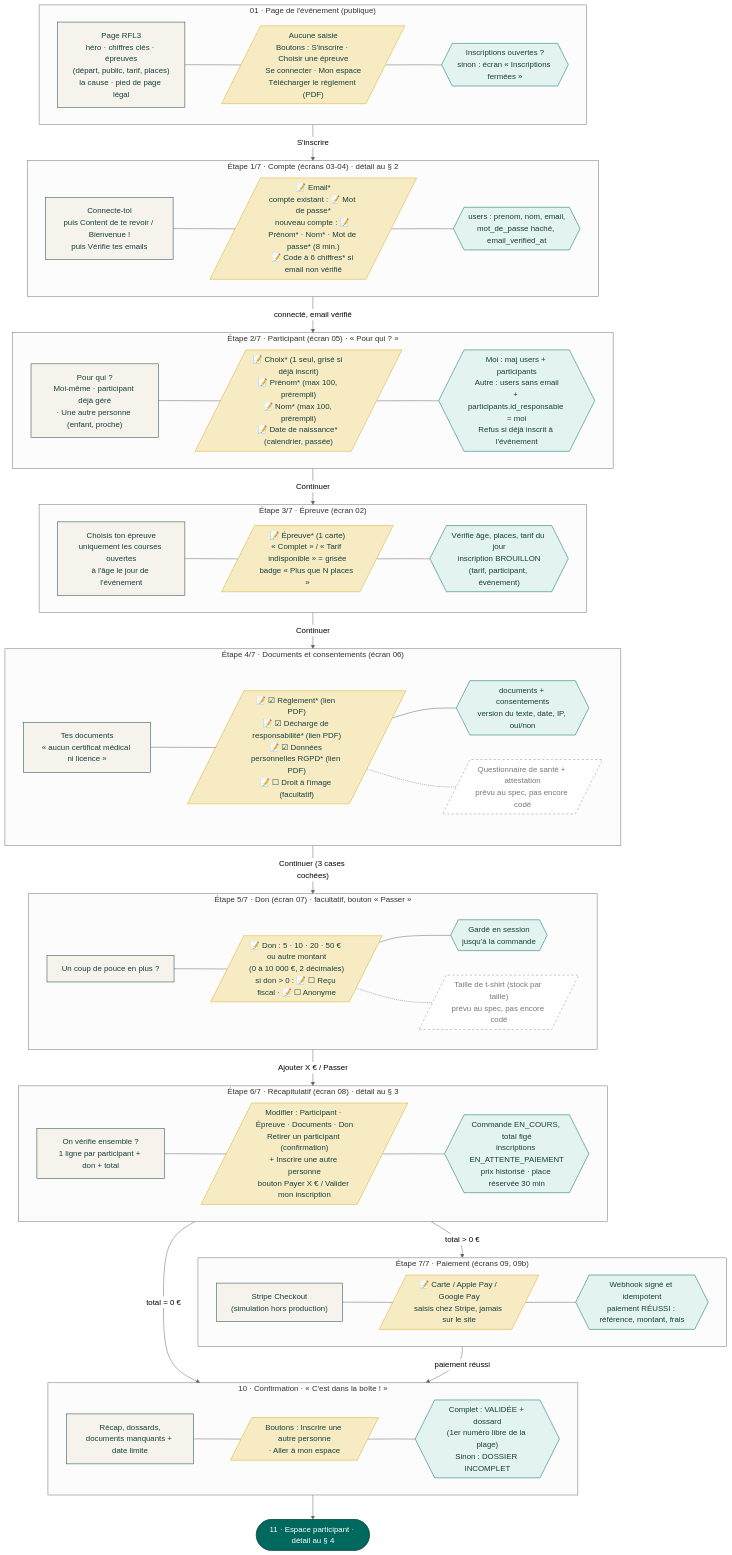
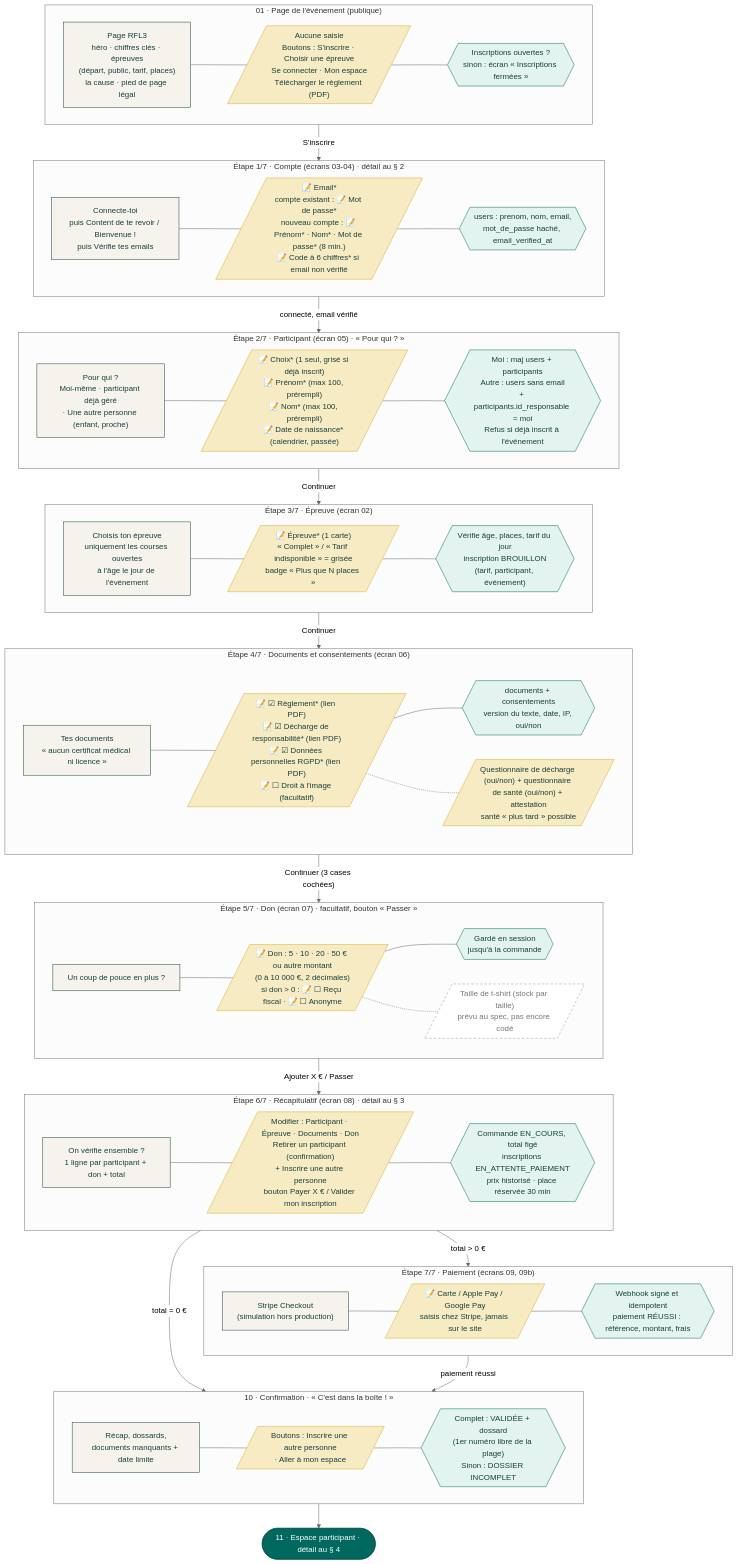
The first of 5 diagrams in docs/parcours-utilisateur.md (OanHamon/Run_For_Lorene), drawn with Mermaid (neutral theme) before and after one commit. The commit also changed other lines of this file and 17 other files, not shown here.

First line of the commit message:
Questionnaires de santé et de décharge en ligne (oui/non)

```diff
--- a/docs/parcours-utilisateur.md
+++ b/docs/parcours-utilisateur.md
@@ -63,7 +63,7 @@
         E4["Tes documents<br/>« aucun certificat médical ni licence »"]:::ecran
         D4[/"📝 ☑ Règlement* (lien PDF)<br/>📝 ☑ Décharge de responsabilité* (lien PDF)<br/>📝 ☑ Données personnelles RGPD* (lien PDF)<br/>📝 ☐ Droit à l'image (facultatif)"/]:::saisie
         V4{{"documents + consentements<br/>version du texte, date, IP, oui/non"}}:::serveur
-        P4[/"Questionnaire de santé + attestation<br/>prévu au spec, pas encore codé"/]:::prevu
+        P4[/"Questionnaire de décharge (oui/non) + questionnaire de santé (oui/non) + attestation<br/>santé « plus tard » possible"/]:::saisie
         E4 --- D4 --- V4
         D4 -.- P4
     end
```
